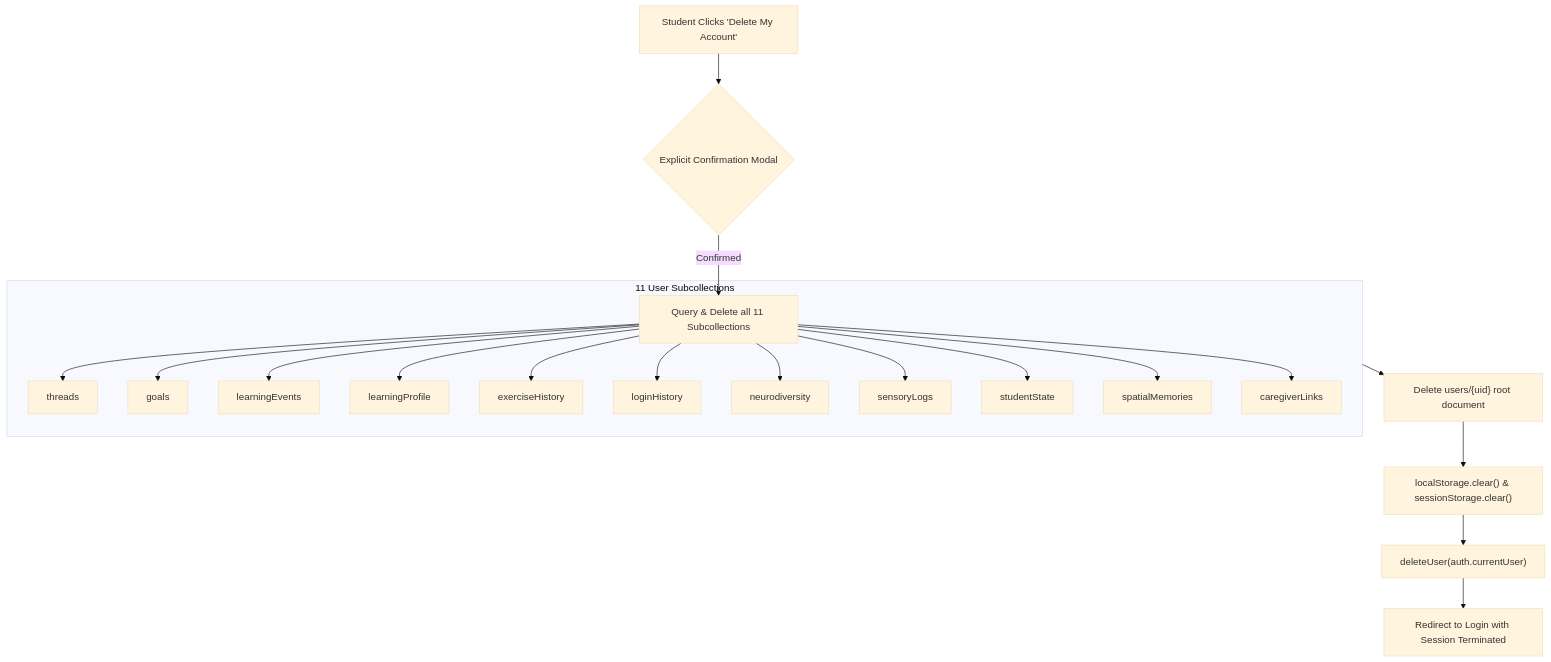
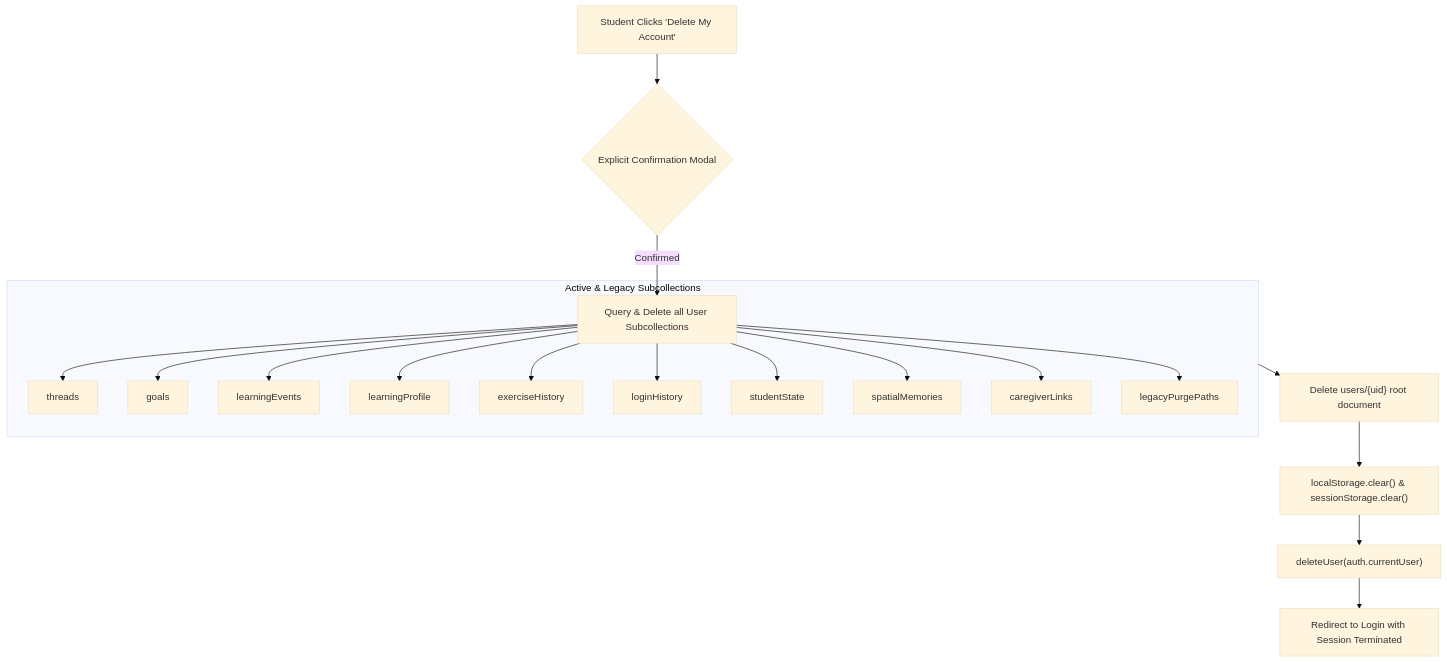
The second of 2 diagrams in docs/05-database/relationships.md (Mahmoud-Hashim-pro/cognify-production), drawn with Mermaid (base theme) before and after one commit. The commit also changed 5 other files, not shown here.

Commit message:
docs: clean legacy schema and subcollection references across internal technical documentation

````diff
--- a/docs/05-database/relationships.md
+++ b/docs/05-database/relationships.md
@@ -99,24 +99,23 @@
 ```mermaid
 flowchart TD
     Req["Student Clicks 'Delete My Account'"] --> Confirm{"Explicit Confirmation Modal"}
-    Confirm -->|Confirmed| Cascade["Query & Delete all 11 Subcollections"]
+    Confirm -->|Confirmed| Cascade["Query & Delete all User Subcollections"]
     
-    subgraph Subcollections ["11 User Subcollections"]
+    subgraph Subcollections ["Active & Legacy Subcollections"]
         Cascade --> S1["threads"]
         Cascade --> S2["goals"]
         Cascade --> S3["learningEvents"]
         Cascade --> S4["learningProfile"]
         Cascade --> S5["exerciseHistory"]
         Cascade --> S6["loginHistory"]
-        Cascade --> S7["neurodiversity"]
-        Cascade --> S8["sensoryLogs"]
-        Cascade --> S9["studentState"]
-        Cascade --> S10["spatialMemories"]
-        Cascade --> S11["caregiverLinks"]
+        Cascade --> S7["studentState"]
+        Cascade --> S8["spatialMemories"]
+        Cascade --> S9["caregiverLinks"]
+        Cascade --> S10["legacyPurgePaths"]
     end
     
     Subcollections --> DelUser["Delete users/{uid} root document"]
     DelUser --> ClearLocal["localStorage.clear() & sessionStorage.clear()"]
     ClearLocal --> TermAuth["deleteUser(auth.currentUser)"]
     TermAuth --> Redirect["Redirect to Login with Session Terminated"]
 ```
````
